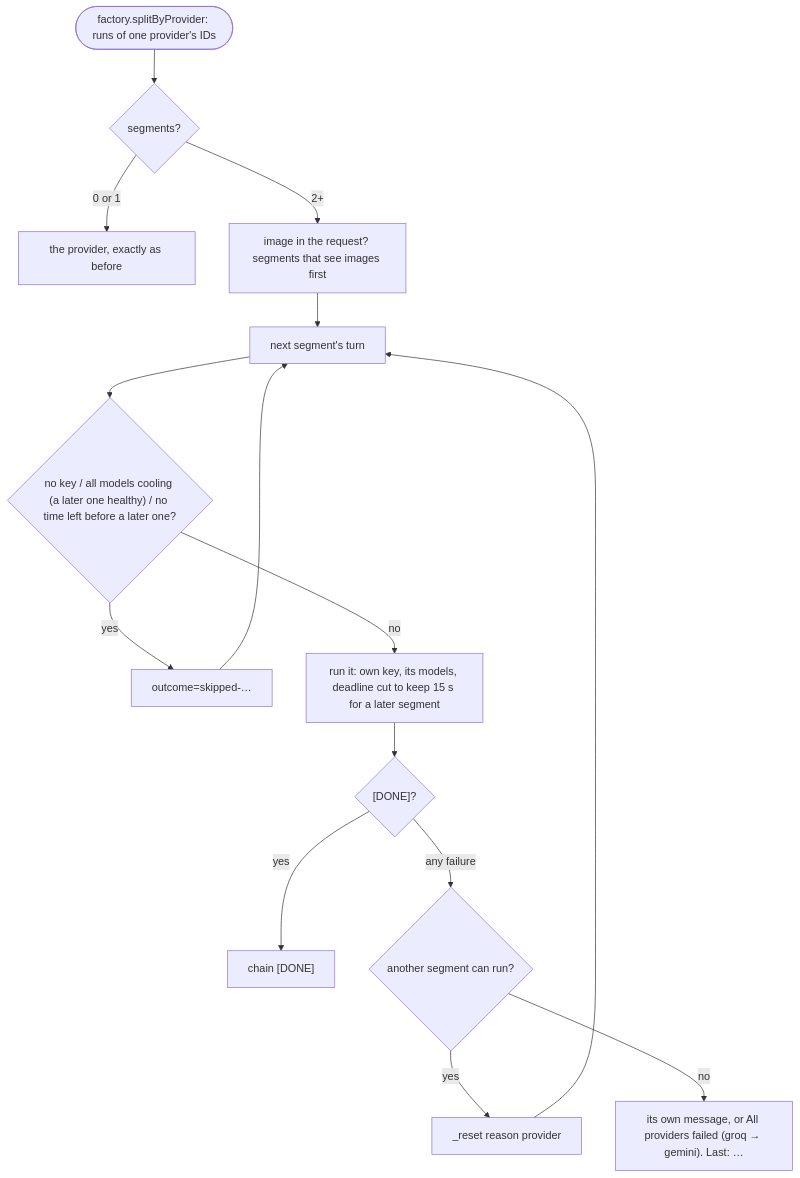
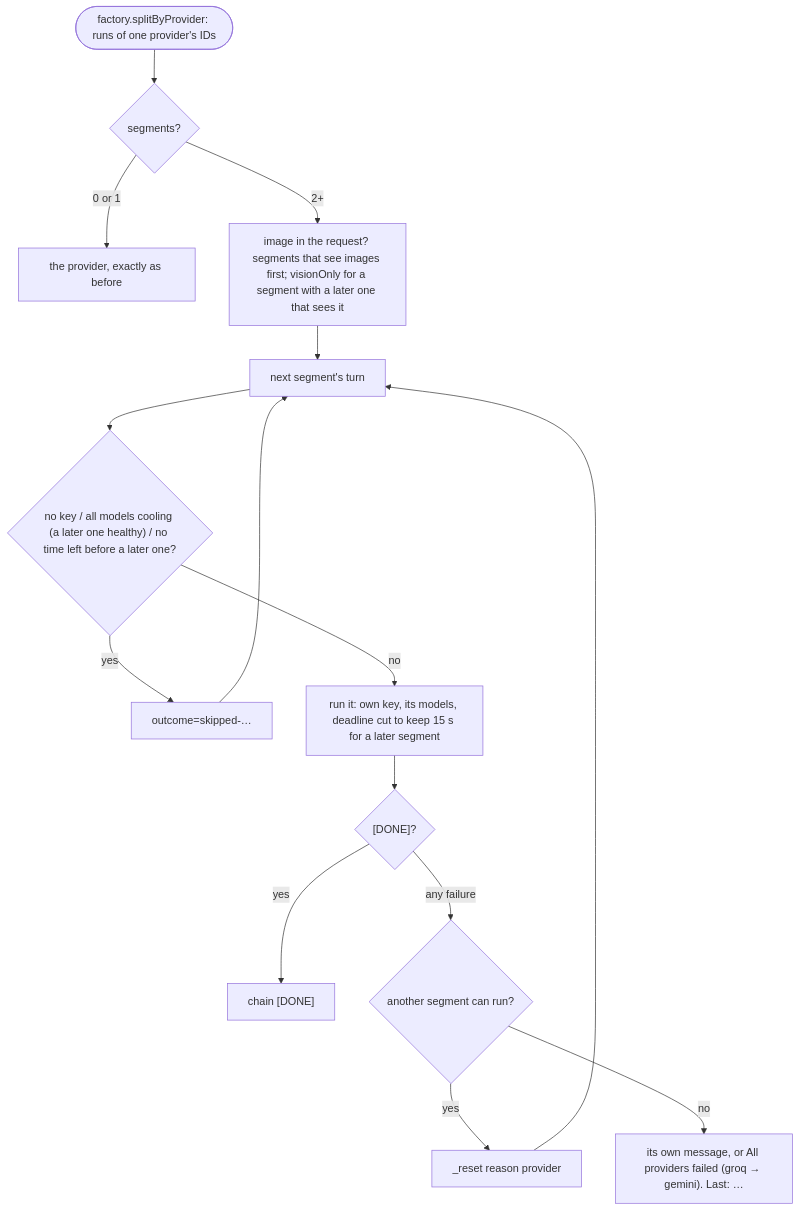
Before and after one commit to tas88-sys/glass: diagram 14 of 16 in ARCHITECTURE.md, drawn with Mermaid. The commit also changed other lines of this file and 27 other files, not shown here.

````diff
--- a/ARCHITECTURE.md
+++ b/ARCHITECTURE.md
@@ -953,15 +966,15 @@
 ```mermaid
 flowchart TB
     split(["factory.splitByProvider: runs of one provider's IDs"]) --> n{"segments?"}
     n -->|"0 or 1"| today["the provider, exactly as before"]
-    n -->|"2+"| order["image in the request? segments that see images first"]
+    n -->|"2+"| order["image in the request? segments that see images first; visionOnly for a segment with a later one that sees it"]
     order --> turn["next segment's turn"]
     turn --> skip{"no key / all models cooling (a later one healthy) / no time left before a later one?"}
     skip -->|yes| logskip["outcome=skipped-…"] --> turn
     skip -->|no| run["run it: own key, its models, deadline cut to keep 15 s for a later segment"]
     run --> ended{"[DONE]?"}
     ended -->|yes| ok["chain [DONE]"]
     ended -->|"any failure"| more{"another segment can run?"}
     more -->|yes| reset["_reset reason provider"] --> turn
     more -->|no| fail["its own message, or All providers failed (groq → gemini). Last: …"]
 ```
````
